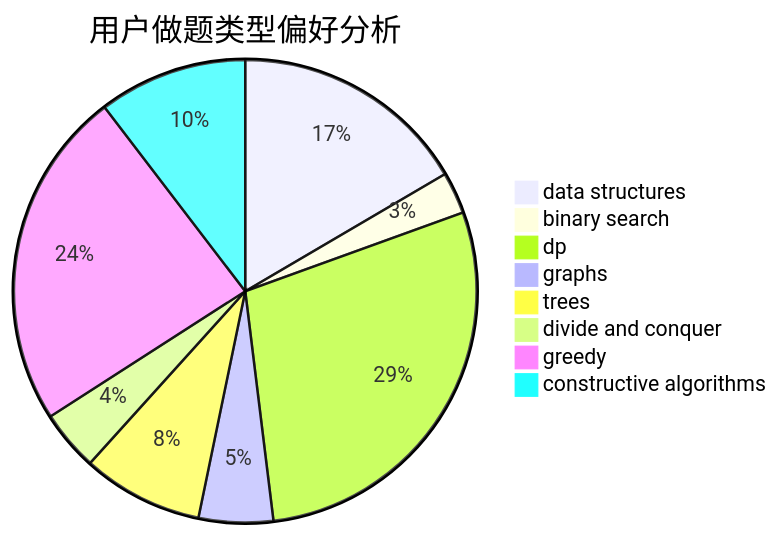
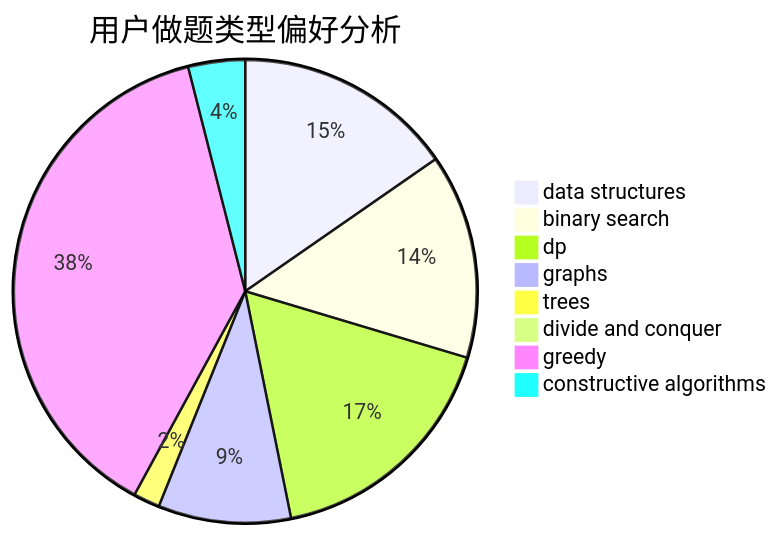
The second of 3 diagrams in docs/user/u1747.md (sherpahu/cfrs.github.io), drawn with Mermaid before and after one commit. The commit also changed other lines of this file and 2770 other files, not shown here.

````diff
--- a/docs/user/u1747.md
+++ b/docs/user/u1747.md
@@ -23,11 +23,11 @@
 ```mermaid
 pie title 用户做题类型偏好分析
-    "data structures" :  51
-    "binary search" :  9
-    "dp" :  88
-    "graphs" :  16
-    "trees" :  26
-    "divide and conquer" :  13
-    "greedy" :  73
-    "constructive algorithms" :  32
+    "data structures" :  58
+    "binary search" :  54
+    "dp" :  65
+    "graphs" :  35
+    "trees" :  7
+    "divide and conquer" :  1
+    "greedy" :  144
+    "constructive algorithms" :  15
 ```
````
